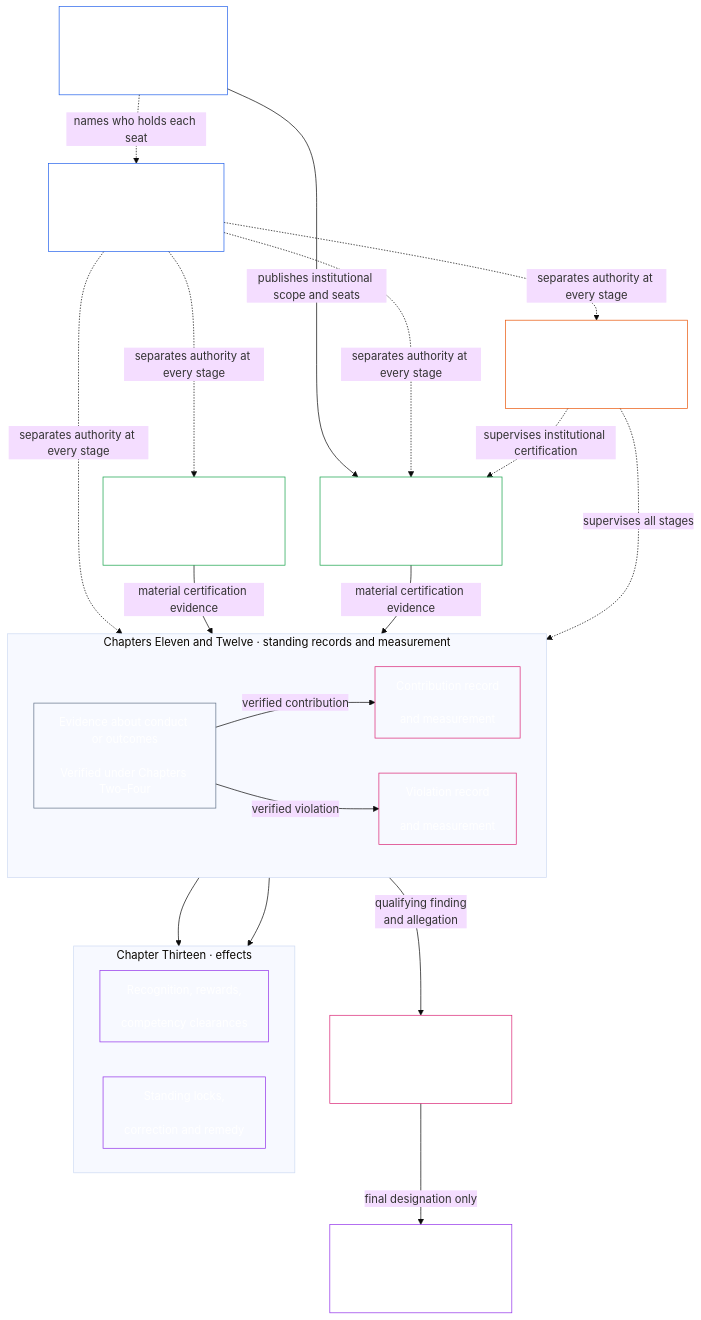
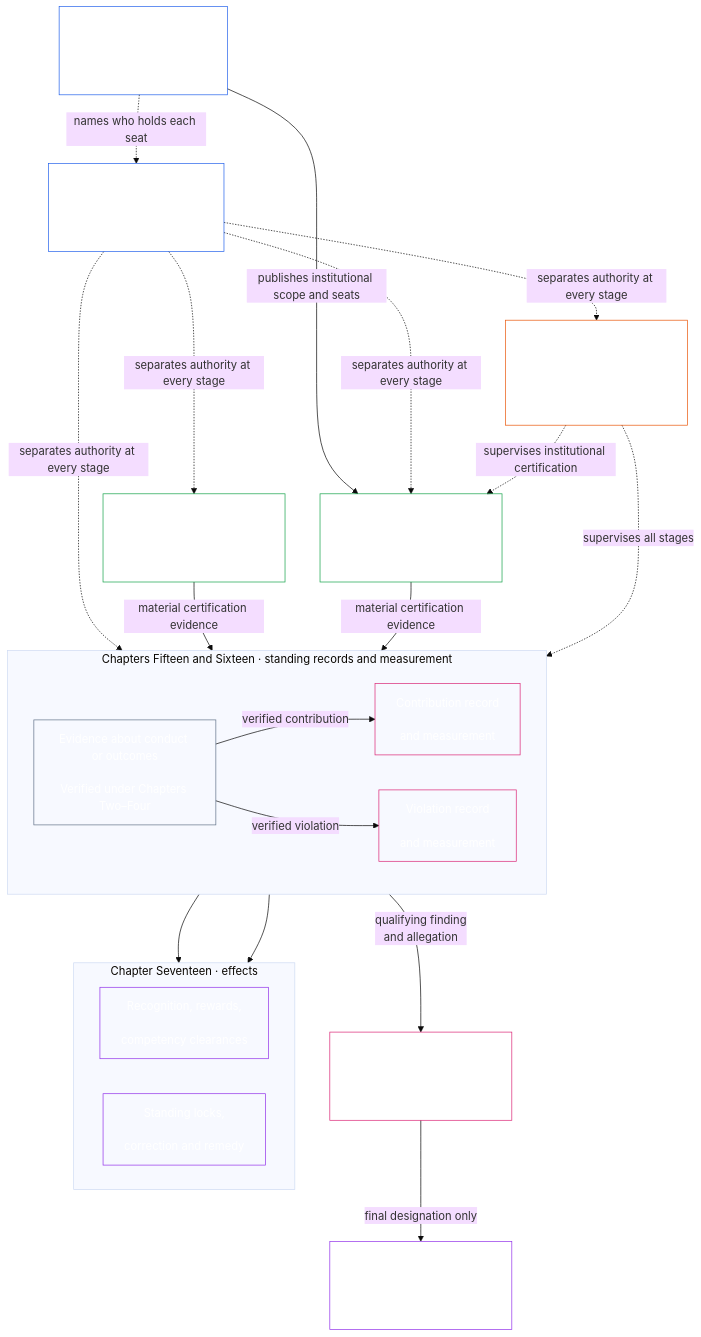
The third of 4 diagrams in doc_architecture/generated/print_pack.md (kfoelsch/Sentient_Constitution), drawn with Mermaid (base theme) before and after one commit. The commit also changed other lines of this file and 469 other files, not shown here.

First line of the commit message:
restructure: final chapter structure, Parts only in Chapters 1, 5 and 6; chapters 0-28 (492nd move)

````diff
--- a/doc_architecture/generated/print_pack.md
+++ b/doc_architecture/generated/print_pack.md
@@ -372,49 +372,49 @@
 ```mermaid
 flowchart TB
     H["Chapter Seven<br/><br/>System and Institutional<br/>Charters"]
     D["Chapter Eight<br/><br/>Functional independence<br/>and separation of duties"]
     S["Chapter Nine<br/><br/>System alignment certification"]
-    I["Chapter Ten<br/><br/>Institutional alignment certification"]
-    subgraph Q["Chapters Eleven and Twelve · standing records and measurement"]
+    I["Chapter Twelve<br/><br/>Institutional alignment certification"]
+    subgraph Q["Chapters Fifteen and Sixteen · standing records and measurement"]
         direction LR
         E["Evidence about conduct or outcomes<br/><br/>Verified under Chapters Two–Four"]
         C["Contribution record<br/><br/>and measurement"]
         V["Violation record<br/><br/>and measurement"]
     end
-    subgraph N["Chapter Thirteen · effects"]
+    subgraph N["Chapter Seventeen · effects"]
         direction LR
         U["Recognition, rewards,<br/><br/>competency clearances"]
         R["Standing locks,<br/><br/>correction and remedy"]
     end
-    M["Chapter Fourteen<br/><br/>Anti-constitutional misconduct review"]
-    L["Chapter Thirteen<br/><br/>Anti-Constitutional Trust Lock"]
-    F["Chapter Fifteen forums<br/><br/>Supervision, challenge and timely review"]
+    M["Chapter Twenty-One<br/><br/>Anti-constitutional misconduct review"]
+    L["Chapter Seventeen<br/><br/>Anti-Constitutional Trust Lock"]
+    F["Chapter Twenty-Three forums<br/><br/>Supervision, challenge and timely review"]
     H -.->|names who holds each seat| D
     H -->|publishes institutional scope and seats| I
     D -.->|separates authority at every stage| S
     D -.->|separates authority at every stage| I
     D -.->|separates authority at every stage| E
     D -.->|separates authority at every stage| F
     C --> U
     V --> R
     M -->|final designation only| L
     V -->|qualifying finding<br/>and allegation| M
     S -->|material certification evidence| E
     I -->|material certification evidence| E
     E -->|verified contribution| C
     E -->|verified violation| V
     F -.->|supervises all stages| E
     F -.->|supervises institutional certification| I
     style H fill:none,stroke:#2563eb,color:#ffffff
     style D fill:none,stroke:#2563eb,color:#ffffff
     style S fill:none,stroke:#16a34a,color:#ffffff
     style I fill:none,stroke:#16a34a,color:#ffffff
     style E fill:none,stroke:#64748b,color:#ffffff
     style C fill:none,stroke:#db2777,color:#ffffff
     style V fill:none,stroke:#db2777,color:#ffffff
     style U fill:none,stroke:#9333ea,color:#ffffff
     style R fill:none,stroke:#9333ea,color:#ffffff
     style M fill:none,stroke:#db2777,color:#ffffff
     style L fill:none,stroke:#9333ea,color:#ffffff
     style F fill:none,stroke:#ea580c,color:#ffffff
 ```
````
